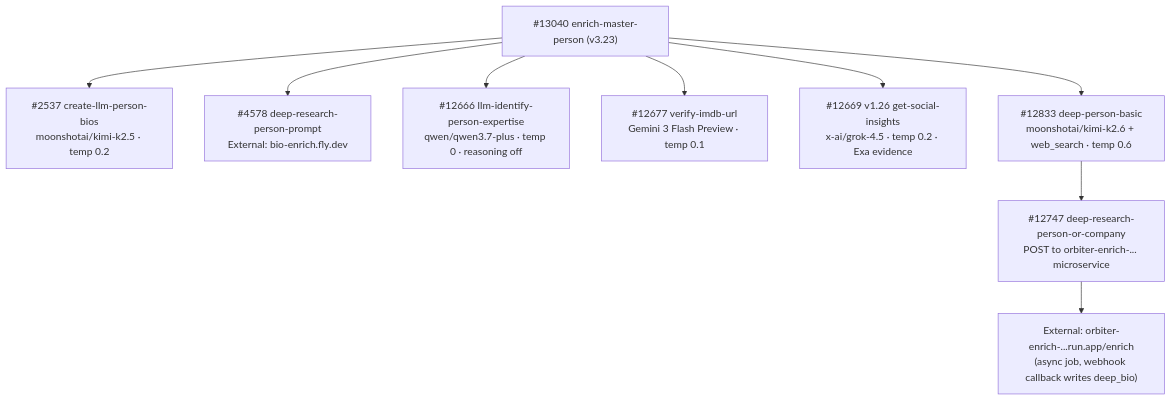
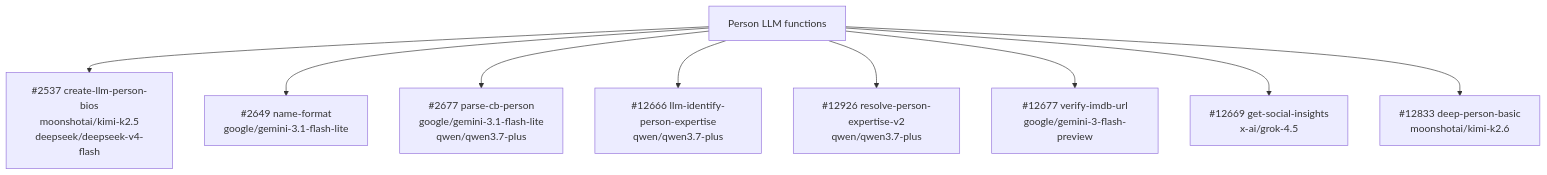
The diagram in guides/enrichment/person-pipeline/model-summary.mdx (M-Pederson/docs), drawn with Mermaid before and after one commit. The commit also changed other lines of this file and 12 other files, not shown here.

````diff
--- a/guides/enrichment/person-pipeline/model-summary.mdx
+++ b/guides/enrichment/person-pipeline/model-summary.mdx
@@ -111,11 +115,12 @@
 ```mermaid
 graph TD
-    A["#13040 enrich-master-person (v3.23)"] --> B["#2537 create-llm-person-bios<br/>moonshotai/kimi-k2.5 · temp 0.2"]
-    A --> C["#4578 deep-research-person-prompt<br/>External: bio-enrich.fly.dev"]
-    A --> D["#12666 llm-identify-person-expertise<br/>qwen/qwen3.7-plus · temp 0 · reasoning off"]
-    A --> E["#12677 verify-imdb-url<br/>Gemini 3 Flash Preview · temp 0.1"]
-    A --> F["#12669 v1.26 get-social-insights<br/>x-ai/grok-4.5 · temp 0.2 · Exa evidence"]
-    A --> G["#12833 deep-person-basic<br/>moonshotai/kimi-k2.6 + web_search · temp 0.6"]
-    G --> H["#12747 deep-research-person-or-company<br/>POST to orbiter-enrich-... microservice"]
-    H --> I["External: orbiter-enrich-...run.app/enrich<br/>(async job, webhook callback writes deep_bio)"]
+    ROOT["Person LLM functions"]
+    ROOT --> F2537["#2537 create-llm-person-bios<br/>moonshotai/kimi-k2.5<br/>deepseek/deepseek-v4-flash"]
+    ROOT --> F2649["#2649 name-format<br/>google/gemini-3.1-flash-lite"]
+    ROOT --> F2677["#2677 parse-cb-person<br/>google/gemini-3.1-flash-lite<br/>qwen/qwen3.7-plus"]
+    ROOT --> F12666["#12666 llm-identify-person-expertise<br/>qwen/qwen3.7-plus"]
+    ROOT --> F12926["#12926 resolve-person-expertise-v2<br/>qwen/qwen3.7-plus"]
+    ROOT --> F12677["#12677 verify-imdb-url<br/>google/gemini-3-flash-preview"]
+    ROOT --> F12669["#12669 get-social-insights<br/>x-ai/grok-4.5"]
+    ROOT --> F12833["#12833 deep-person-basic<br/>moonshotai/kimi-k2.6"]
 ```
````
